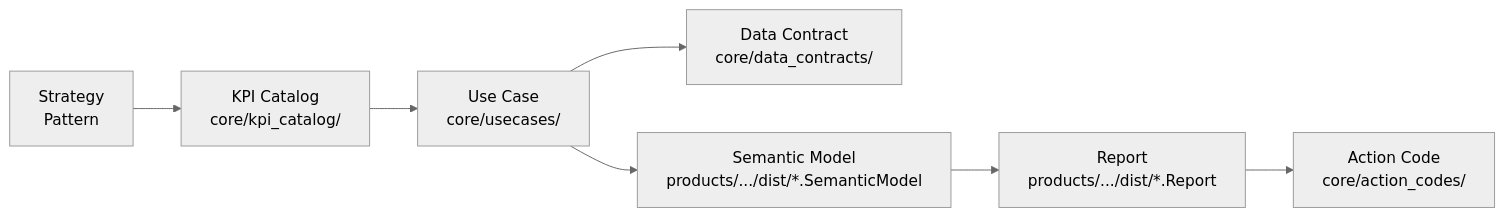
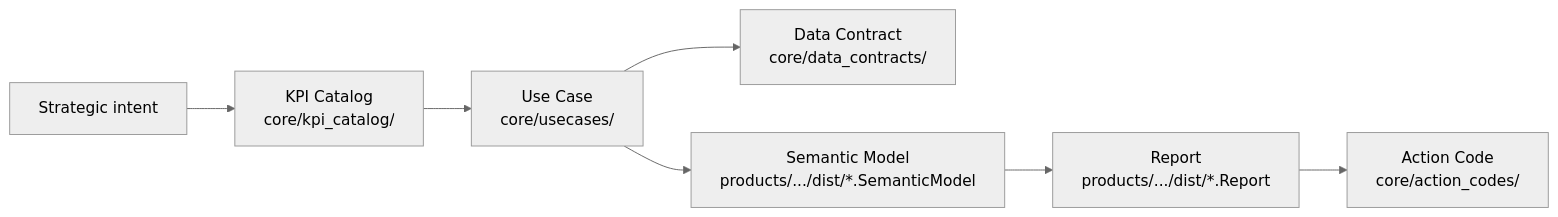
Before and after one commit to FlorianHaferkorn/analytics-usecase-library: the diagram in docs/architecture/README.md, drawn with Mermaid (neutral theme). The commit also changed other lines of this file and 19 other files, not shown here.

````diff
--- a/docs/architecture/README.md
+++ b/docs/architecture/README.md
@@ -11,9 +13,9 @@
 ```mermaid
 flowchart LR
-  Strategy["Strategy\nPattern"] --> KPI["KPI Catalog\ncore/kpi_catalog/"]
-  KPI --> UseCase["Use Case\ncore/usecases/"]
-  UseCase --> Contract["Data Contract\ncore/data_contracts/"]
+  Strategy["Strategic intent"] --> KpiCatalog["KPI Catalog\ncore/kpi_catalog/"]
+  KpiCatalog --> UseCase["Use Case\ncore/usecases/"]
+  UseCase --> DataContract["Data Contract\ncore/data_contracts/"]
   UseCase --> SemanticModel["Semantic Model\nproducts/.../dist/*.SemanticModel"]
   SemanticModel --> Report["Report\nproducts/.../dist/*.Report"]
-  Report --> Action["Action Code\ncore/action_codes/"]
+  Report --> ActionCode["Action Code\ncore/action_codes/"]
 ```
````
